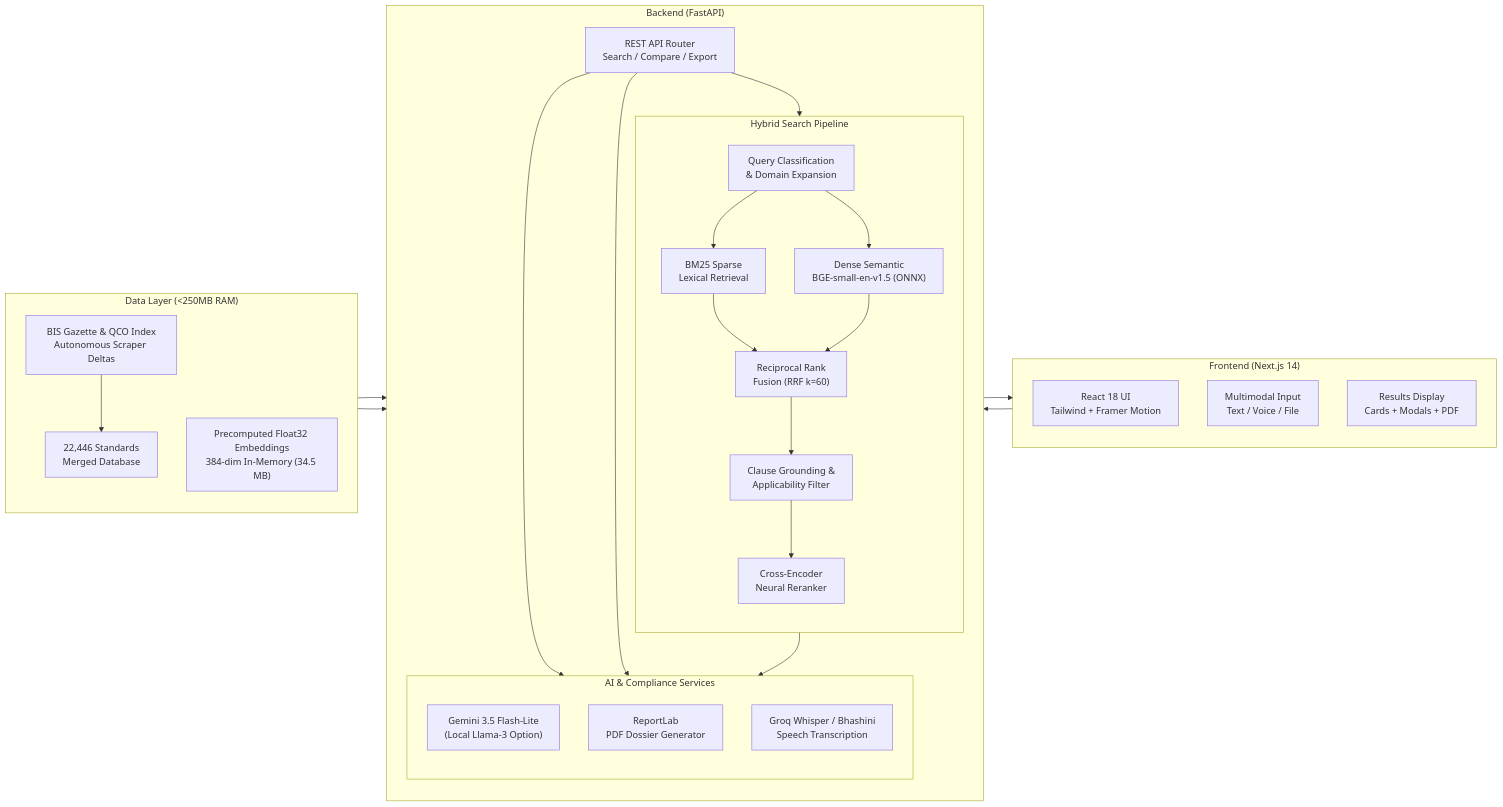
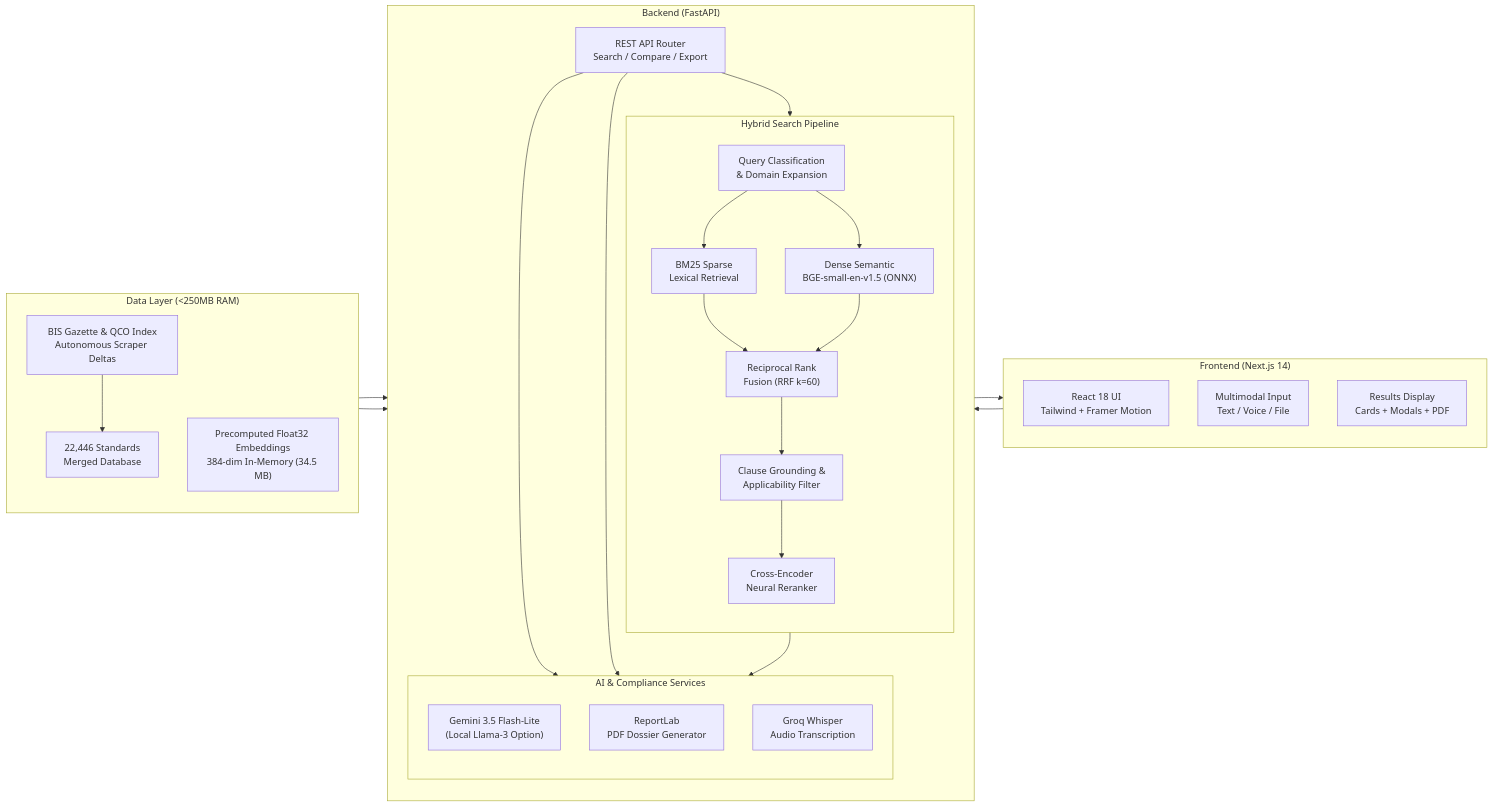
One commit to fameXflame/BIS-AI changed the first of 2 diagrams in README.md. Above: the diagram before and after it, drawn with Mermaid.

Commit message:
docs: clarify Groq Whisper audio transcription in architecture flowchart

````diff
--- a/README.md
+++ b/README.md
@@ -70,54 +70,54 @@
 ```mermaid
 flowchart LR
     subgraph Frontend["Frontend (Next.js 14)"]
         direction TB
         UI["React 18 UI<br/>Tailwind + Framer Motion"]
         Input["Multimodal Input<br/>Text / Voice / File"]
         Display["Results Display<br/>Cards + Modals + PDF"]
     end
 
     subgraph Backend["Backend (FastAPI)"]
         direction TB
         API["REST API Router<br/>Search / Compare / Export"]
 
         subgraph Pipeline["Hybrid Search Pipeline"]
             direction TB
             QC["Query Classification<br/>& Domain Expansion"]
             BM25["BM25 Sparse<br/>Lexical Retrieval"]
             Dense["Dense Semantic<br/>BGE-small-en-v1.5 (ONNX)"]
             RRF["Reciprocal Rank<br/>Fusion (RRF k=60)"]
             AF["Clause Grounding &<br/>Applicability Filter"]
             CR["Cross-Encoder<br/>Neural Reranker"]
         end
 
         subgraph Services["AI & Compliance Services"]
             direction TB
             LLM["Gemini 3.5 Flash-Lite<br/>(Local Llama-3 Option)"]
             PDF["ReportLab<br/>PDF Dossier Generator"]
-            Audio["Groq Whisper / Bhashini<br/>Speech Transcription"]
+            Audio["Groq Whisper<br/>Audio Transcription"]
         end
     end
 
     subgraph Data["Data Layer (<250MB RAM)"]
         direction TB
         DB["22,446 Standards<br/>Merged Database"]
         EMB["Precomputed Float32 Embeddings<br/>384-dim In-Memory (34.5 MB)"]
         Gazette["BIS Gazette & QCO Index<br/>Autonomous Scraper Deltas"]
     end
 
     Input --> API
     API --> QC
     QC --> BM25
     QC --> Dense
     BM25 --> RRF
     Dense --> RRF
     RRF --> AF
     AF --> CR
     CR --> LLM
     LLM --> Display
     API --> PDF
     API --> Audio
     DB --> BM25
     EMB --> Dense
     Gazette --> DB
 ```
````
